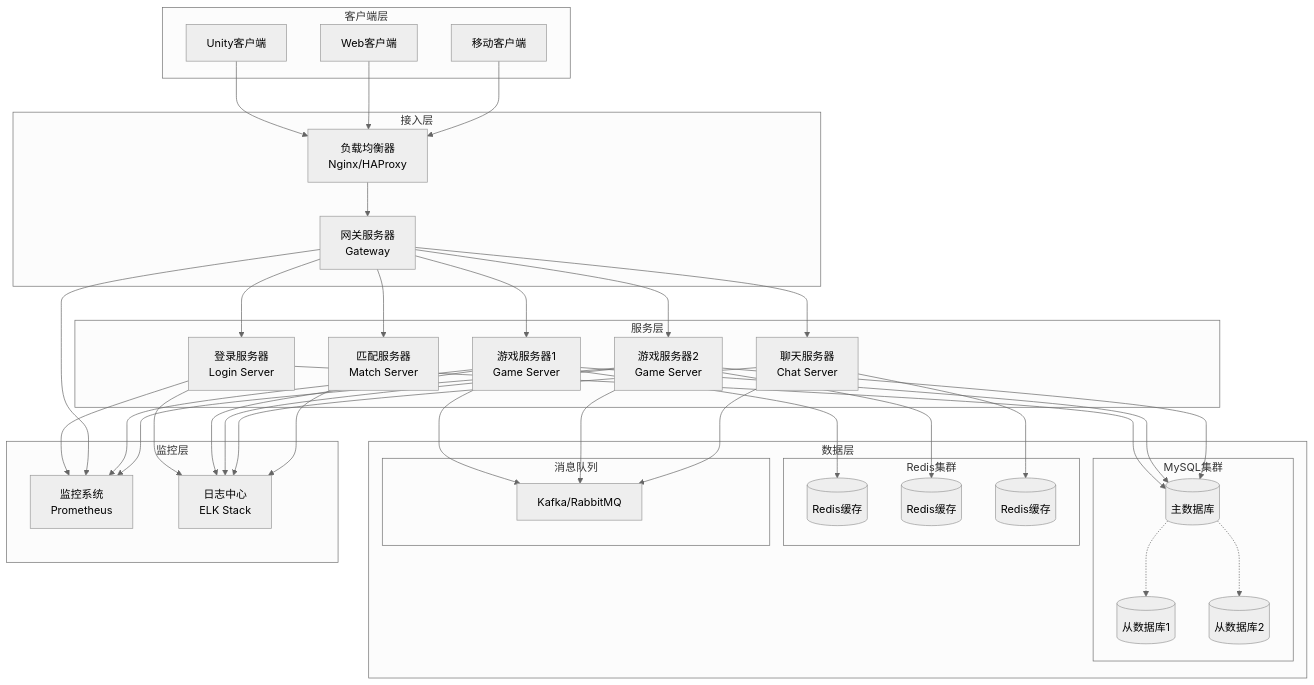
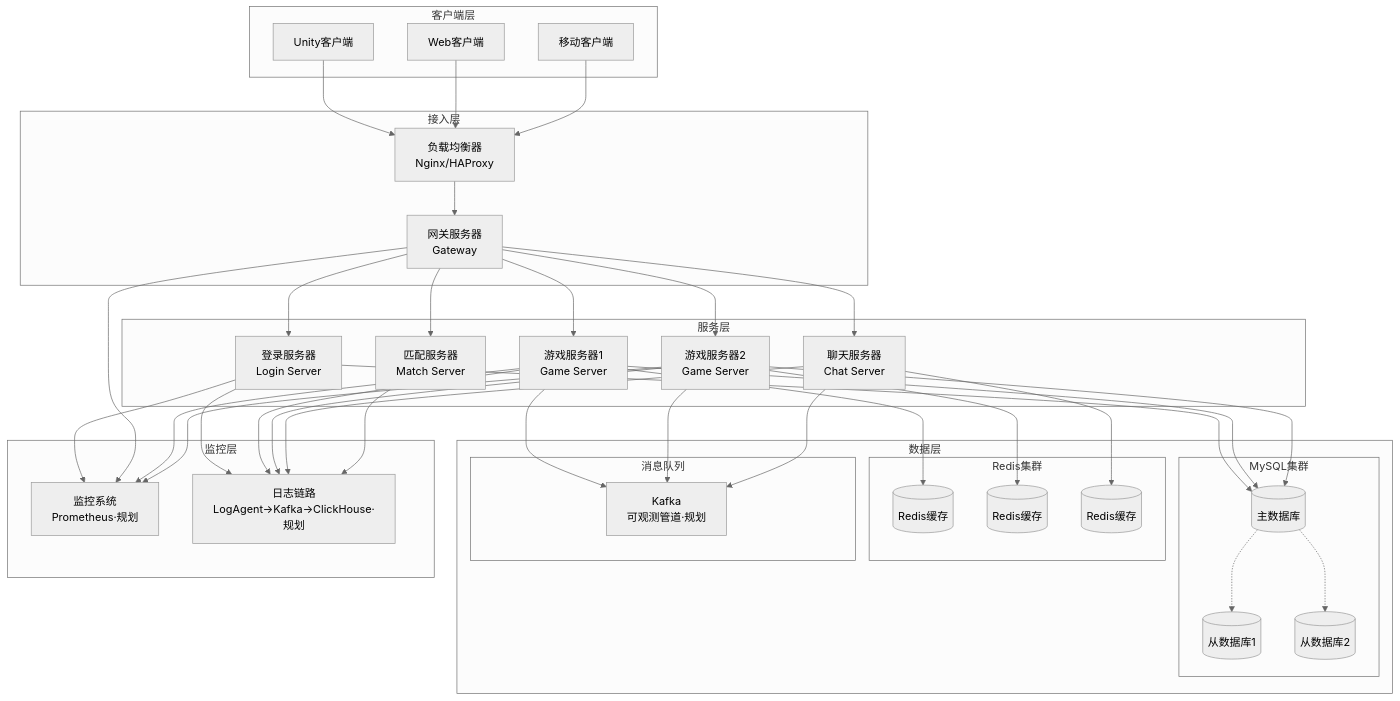
Before and after one commit to cuihairu/apollo: the first of 3 diagrams in README.md, drawn with Mermaid (neutral theme). The commit also changed other lines of this file, not shown here.

First line of the commit message:
docs(readme): 对齐 ioc-review §0/§17 与 docs/36 结论——DI 表述/架构图/示例修正

````diff
--- a/README.md
+++ b/README.md
@@ -35,79 +36,79 @@
 ```mermaid
 graph TB
     subgraph "客户端层"
         C1[Unity客户端]
         C2[Web客户端]
         C3[移动客户端]
     end
 
     subgraph "接入层"
         LB[负载均衡器<br/>Nginx/HAProxy]
         GW[网关服务器<br/>Gateway]
     end
 
     subgraph "服务层"
         LS[登录服务器<br/>Login Server]
         GS1[游戏服务器1<br/>Game Server]
         GS2[游戏服务器2<br/>Game Server]
         CS[聊天服务器<br/>Chat Server]
         MS[匹配服务器<br/>Match Server]
     end
 
     subgraph "数据层"
         subgraph "MySQL集群"
             DB1[(主数据库)]
             DB2[(从数据库1)]
             DB3[(从数据库2)]
         end
 
         subgraph "Redis集群"
             R1[(Redis缓存)]
             R2[(Redis缓存)]
             R3[(Redis缓存)]
         end
 
         subgraph "消息队列"
-            MQ[Kafka/RabbitMQ]
+            MQ[Kafka<br/>可观测管道·规划]
         end
     end
 
     subgraph "监控层"
-        MON[监控系统<br/>Prometheus]
-        LOG[日志中心<br/>ELK Stack]
+        MON[监控系统<br/>Prometheus·规划]
+        LOG[日志链路<br/>LogAgent→Kafka→ClickHouse·规划]
     end
 
     C1 --> LB
     C2 --> LB
     C3 --> LB
     LB --> GW
     GW --> LS
     GW --> GS1
     GW --> GS2
     GW --> CS
     GW --> MS
 
     LS --> DB1
     GS1 --> DB1
     GS2 --> DB1
     GS1 --> R1
     GS2 --> R2
     CS --> R3
 
     GS1 --> MQ
     GS2 --> MQ
     CS --> MQ
 
     DB1 -.-> DB2
     DB1 -.-> DB3
 
     LS --> LOG
     GS1 --> LOG
     GS2 --> LOG
     CS --> LOG
     MS --> LOG
 
     LS --> MON
     GW --> MON
     GS1 --> MON
     GS2 --> MON
 ```
````
